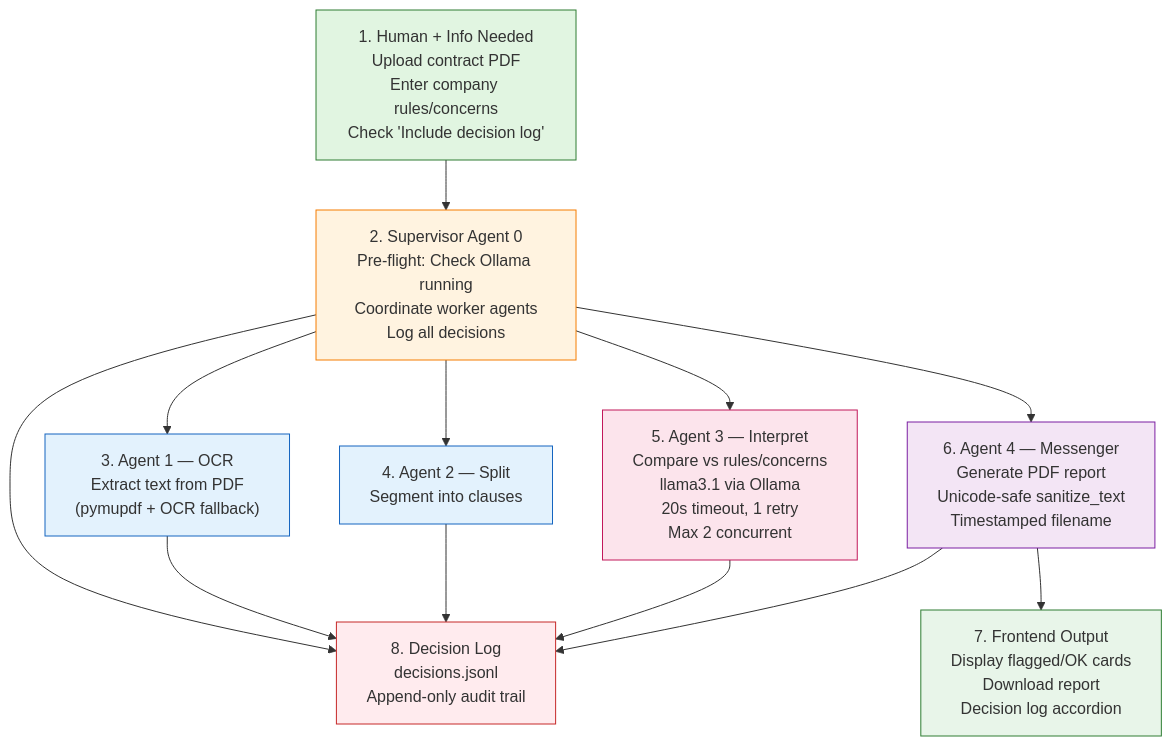
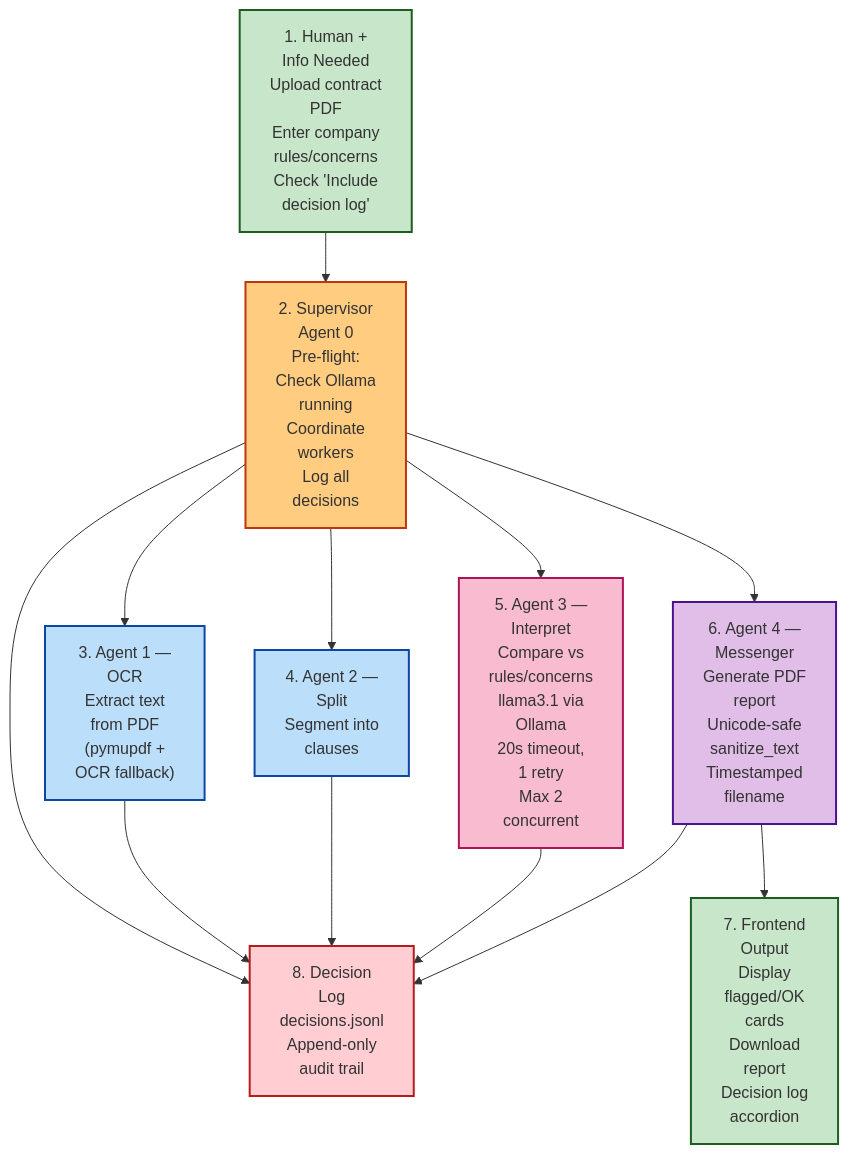
One commit to milnera2/Agentic-AI-Contract-Resolution changed the second of 2 diagrams in Workflow-Chart.md. Above: the diagram before and after it, drawn with Mermaid. The commit also changed other lines of this file, not shown here.

````diff
--- a/Workflow-Chart.md
+++ b/Workflow-Chart.md
@@ -27,36 +27,36 @@
 ```mermaid
 flowchart TD
-    H["1. Human + Info Needed<br/>Upload contract PDF<br/>Enter company rules/concerns<br/>Check 'Include decision log'"]
+    H["1. Human +<br/>Info Needed<br/>Upload contract<br/>PDF<br/>Enter company<br/>rules/concerns<br/>Check 'Include<br/>decision log'"]
 
-    S["2. Supervisor Agent 0<br/>Pre-flight: Check Ollama running<br/>Coordinate worker agents<br/>Log all decisions"]
+    S["2. Supervisor<br/>Agent 0<br/>Pre-flight:<br/>Check Ollama<br/>running<br/>Coordinate<br/>workers<br/>Log all<br/>decisions"]
 
-    OCR["3. Agent 1 — OCR<br/>Extract text from PDF<br/>(pymupdf + OCR fallback)"]
-    Split["4. Agent 2 — Split<br/>Segment into clauses"]
-    Interpret["5. Agent 3 — Interpret<br/>Compare vs rules/concerns<br/>llama3.1 via Ollama<br/>20s timeout, 1 retry<br/>Max 2 concurrent"]
-    Msg["6. Agent 4 — Messenger<br/>Generate PDF report<br/>Unicode-safe sanitize_text<br/>Timestamped filename"]
+    OCR["3. Agent 1 —<br/>OCR<br/>Extract text<br/>from PDF<br/>(pymupdf +<br/>OCR fallback)"]
+    Split["4. Agent 2 —<br/>Split<br/>Segment into<br/>clauses"]
+    Interpret["5. Agent 3 —<br/>Interpret<br/>Compare vs<br/>rules/concerns<br/>llama3.1 via<br/>Ollama<br/>20s timeout,<br/>1 retry<br/>Max 2<br/>concurrent"]
+    Msg["6. Agent 4 —<br/>Messenger<br/>Generate PDF<br/>report<br/>Unicode-safe<br/>sanitize_text<br/>Timestamped<br/>filename"]
 
-    FE["7. Frontend Output<br/>Display flagged/OK cards<br/>Download report<br/>Decision log accordion"]
+    FE["7. Frontend<br/>Output<br/>Display<br/>flagged/OK<br/>cards<br/>Download<br/>report<br/>Decision log<br/>accordion"]
 
-    DL["8. Decision Log<br/>decisions.jsonl<br/>Append-only audit trail"]
+    DL["8. Decision<br/>Log<br/>decisions.jsonl<br/>Append-only<br/>audit trail"]
 
     H --> S
     S --> OCR
     S --> Split
     S --> Interpret
     S --> Msg
     Msg --> FE
     S --> DL
     OCR --> DL
     Split --> DL
     Interpret --> DL
     Msg --> DL
 
-    style H fill:#e1f5e1,stroke:#2e7d32
-    style S fill:#fff3e0,stroke:#f57c00
-    style OCR fill:#e3f2fd,stroke:#1565c0
-    style Split fill:#e3f2fd,stroke:#1565c0
-    style Interpret fill:#fce4ec,stroke:#c2185b
-    style Msg fill:#f3e5f5,stroke:#7b1fa2
-    style FE fill:#e8f5e9,stroke:#2e7d32
-    style DL fill:#ffebee,stroke:#c62828
+    style H fill:#c8e6c9,stroke:#1b5e20,stroke-width:2px
+    style S fill:#ffcc80,stroke:#bf360c,stroke-width:2px
+    style OCR fill:#bbdefb,stroke:#0d47a1,stroke-width:2px
+    style Split fill:#bbdefb,stroke:#0d47a1,stroke-width:2px
+    style Interpret fill:#f8bbd0,stroke:#ad1457,stroke-width:2px
+    style Msg fill:#e1bee7,stroke:#4a148c,stroke-width:2px
+    style FE fill:#c8e6c9,stroke:#1b5e20,stroke-width:2px
+    style DL fill:#ffcdd2,stroke:#b71c1c,stroke-width:2px
 ```
````
